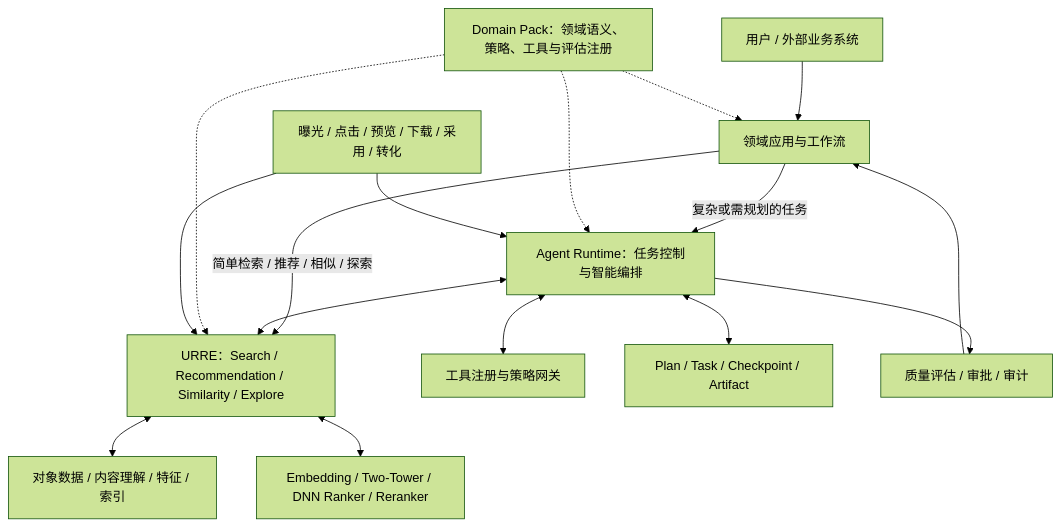
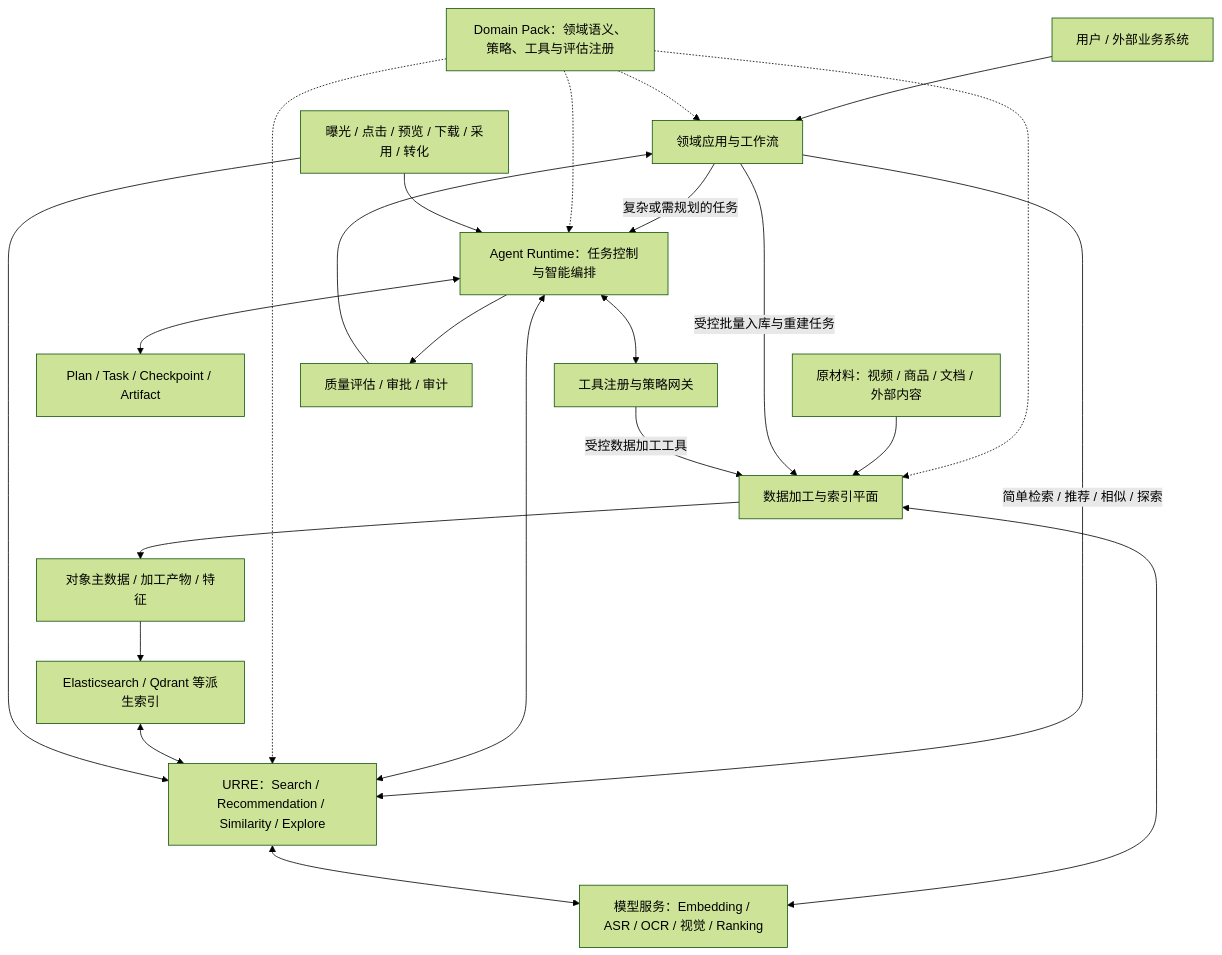
The first of 4 diagrams in 00_架构设计总纲.md (human-cosmos/search-rec-docs), drawn with Mermaid (forest theme) before and after one commit. The commit also changed other lines of this file and 5 other files, not shown here.

````diff
--- a/00_架构设计总纲.md
+++ b/00_架构设计总纲.md
@@ -24,18 +24,25 @@
 ```mermaid
 flowchart TB
   U[用户 / 外部业务系统] --> APP[领域应用与工作流]
   APP -->|简单检索 / 推荐 / 相似 / 探索| URRE[URRE：Search / Recommendation / Similarity / Explore]
   APP -->|复杂或需规划的任务| AR[Agent Runtime：任务控制与智能编排]
   AR <--> URRE
   DP[Domain Pack：领域语义、策略、工具与评估注册] -.-> APP
   DP -.-> AR
   DP -.-> URRE
+  DP -.-> DATAPLANE
   AR <--> TOOLS[工具注册与策略网关]
   AR <--> STATE[Plan / Task / Checkpoint / Artifact]
-  URRE <--> DATA[对象数据 / 内容理解 / 特征 / 索引]
-  URRE <--> MODEL[Embedding / Two-Tower / DNN Ranker / Reranker]
+  RAW[原材料：视频 / 商品 / 文档 / 外部内容] --> DATAPLANE[数据加工与索引平面]
+  APP -->|受控批量入库与重建任务| DATAPLANE
+  TOOLS -->|受控数据加工工具| DATAPLANE
+  DATAPLANE <--> MODEL[模型服务：Embedding / ASR / OCR / 视觉 / Ranking]
+  DATAPLANE --> DATA[对象主数据 / 加工产物 / 特征]
+  DATA --> INDEX[Elasticsearch / Qdrant 等派生索引]
+  INDEX <--> URRE
+  URRE <--> MODEL
   AR --> QA[质量评估 / 审批 / 审计]
   QA --> APP
   FEEDBACK[曝光 / 点击 / 预览 / 下载 / 采用 / 转化] --> URRE
   FEEDBACK --> AR
 ```
````
